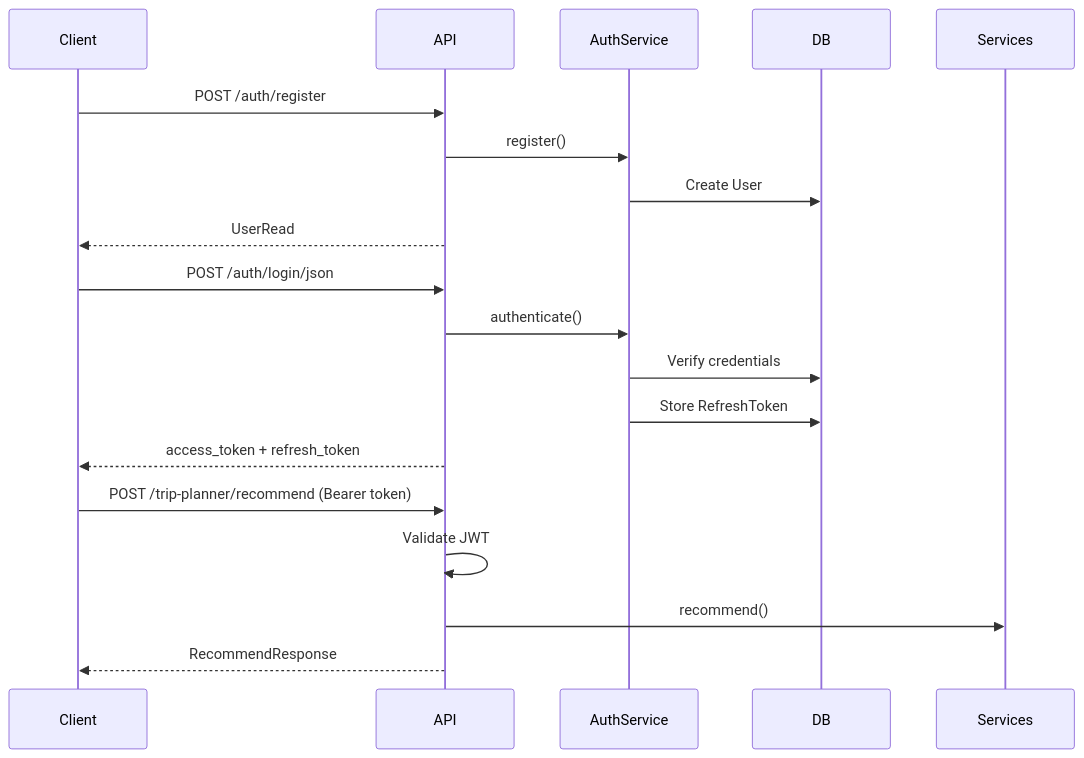
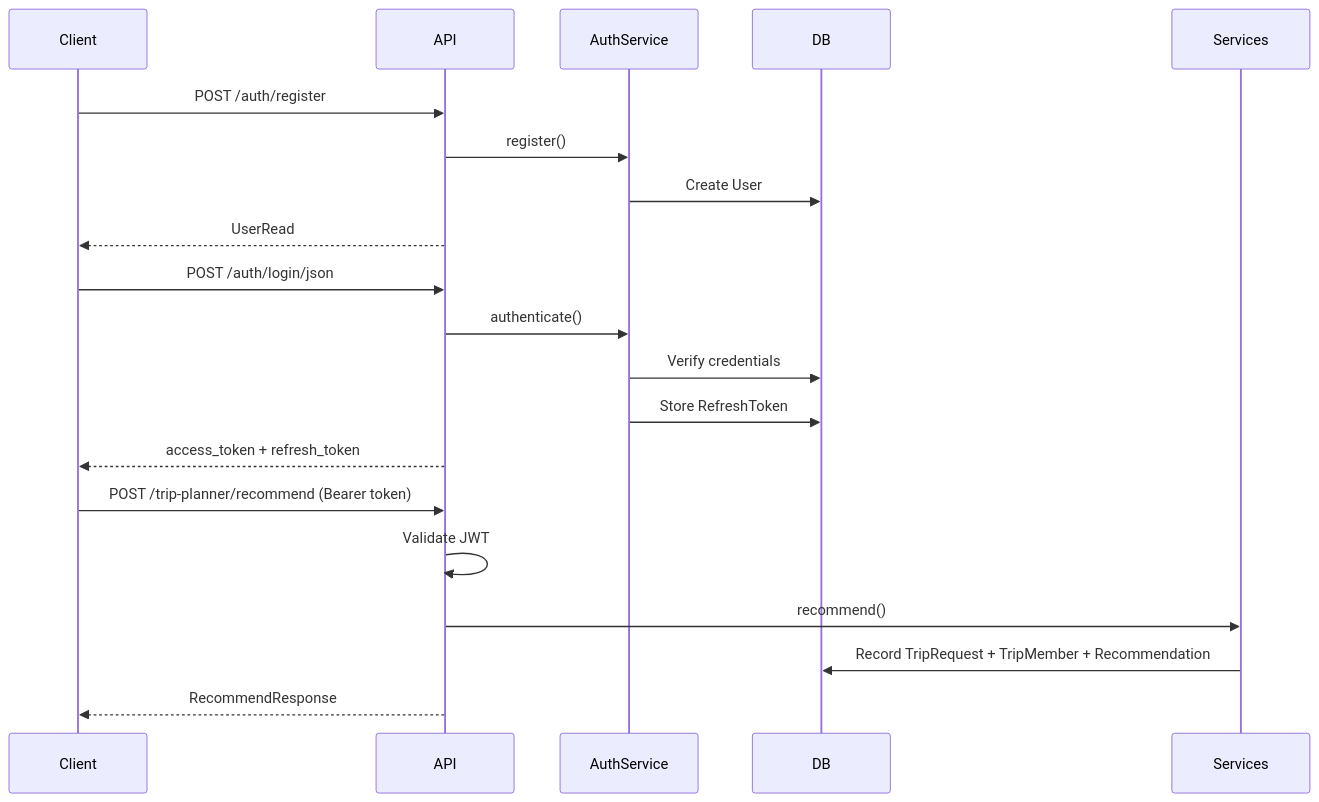
Before and after one commit to angelaangeleska/Triparoo: the third of 4 diagrams in docs/ARCHITECTURE.md, drawn with Mermaid. The commit also changed other lines of this file and 39 other files, not shown here.

````diff
--- a/docs/ARCHITECTURE.md
+++ b/docs/ARCHITECTURE.md
@@ -129,23 +141,24 @@
 ```mermaid
 sequenceDiagram
     participant Client
     participant API
     participant AuthService
     participant DB
 
     Client->>API: POST /auth/register
     API->>AuthService: register()
     AuthService->>DB: Create User
     API-->>Client: UserRead
 
     Client->>API: POST /auth/login/json
     API->>AuthService: authenticate()
     AuthService->>DB: Verify credentials
     AuthService->>DB: Store RefreshToken
     API-->>Client: access_token + refresh_token
 
     Client->>API: POST /trip-planner/recommend (Bearer token)
     API->>API: Validate JWT
     API->>Services: recommend()
+    Services->>DB: Record TripRequest + TripMember + Recommendation
     API-->>Client: RecommendResponse
 ```
````
